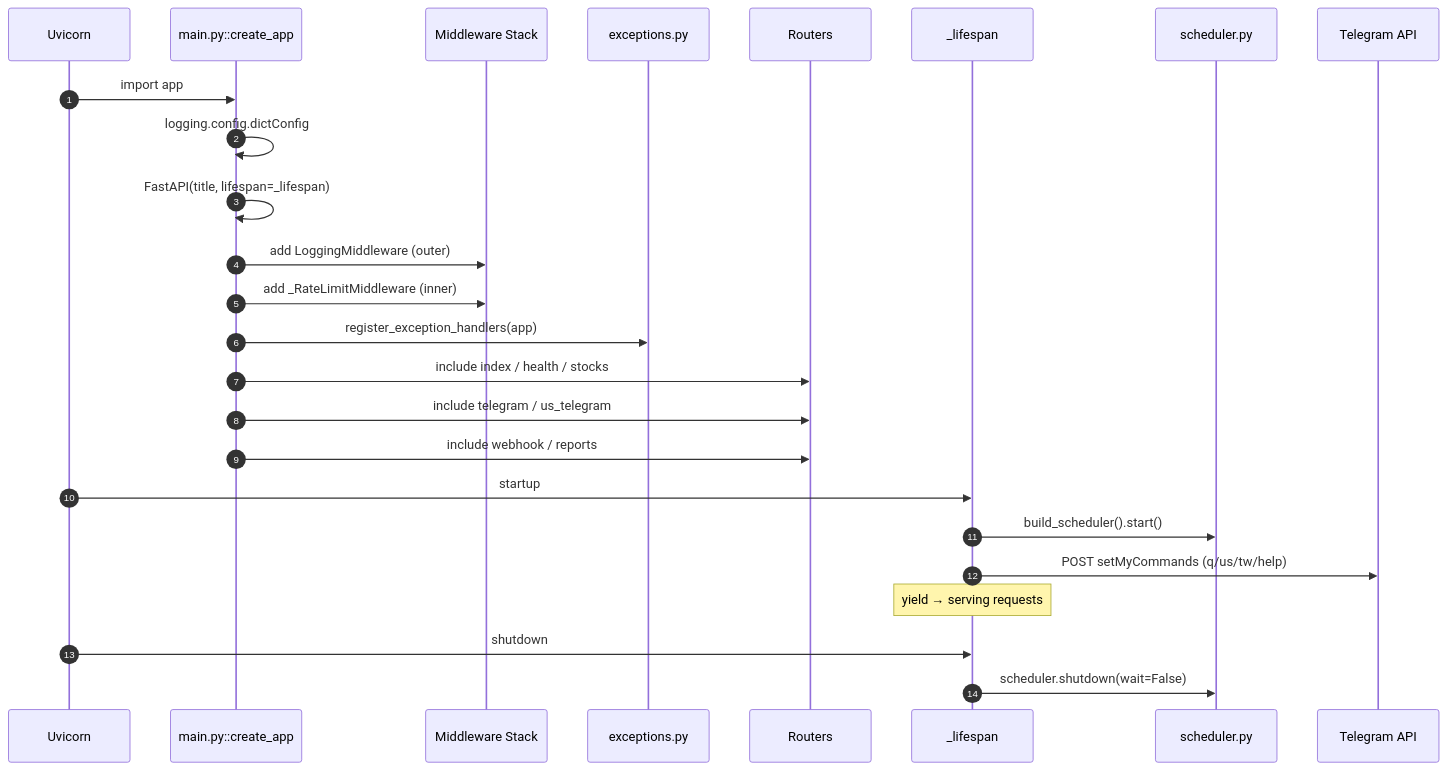
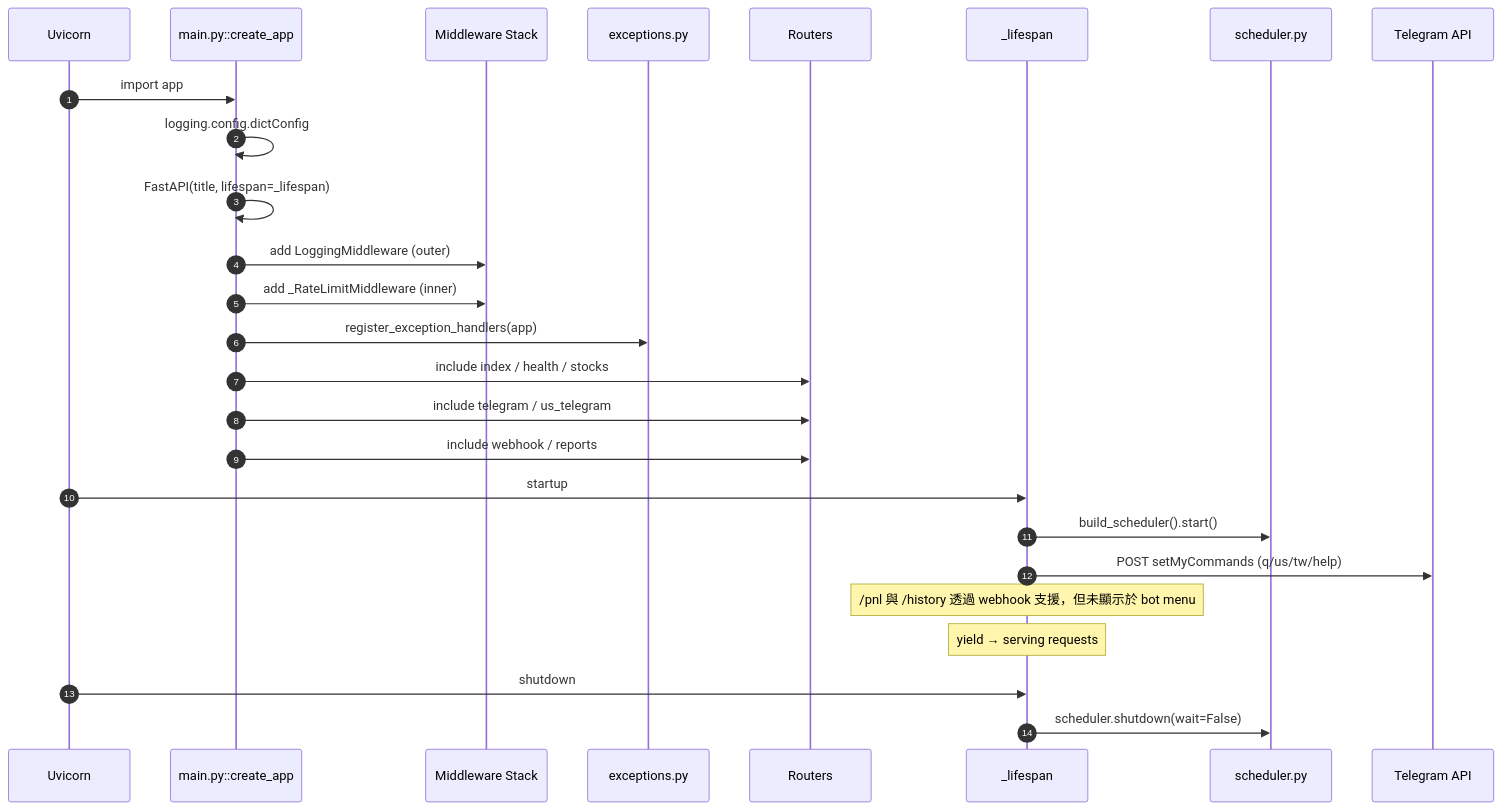
Before and after one commit to Josephmtsai/fastApiStock: the second of 7 diagrams in docs/architecture.md, drawn with Mermaid. The commit also changed other lines of this file, not shown here.

````diff
--- a/docs/architecture.md
+++ b/docs/architecture.md
@@ -168,28 +182,29 @@
 ```mermaid
 sequenceDiagram
     autonumber
     participant Uvicorn
     participant Main as main.py::create_app
     participant MW as Middleware Stack
     participant Exc as exceptions.py
     participant Routers
     participant Life as _lifespan
     participant Sched as scheduler.py
     participant TG as Telegram API
 
     Uvicorn->>Main: import app
     Main->>Main: logging.config.dictConfig
     Main->>Main: FastAPI(title, lifespan=_lifespan)
     Main->>MW: add LoggingMiddleware (outer)
     Main->>MW: add _RateLimitMiddleware (inner)
     Main->>Exc: register_exception_handlers(app)
     Main->>Routers: include index / health / stocks
     Main->>Routers: include telegram / us_telegram
     Main->>Routers: include webhook / reports
     Uvicorn->>Life: startup
     Life->>Sched: build_scheduler().start()
     Life->>TG: POST setMyCommands (q/us/tw/help)
+    Note over Life: /pnl 與 /history 透過 webhook 支援，但未顯示於 bot menu
     Note over Life: yield → serving requests
     Uvicorn->>Life: shutdown
     Life->>Sched: scheduler.shutdown(wait=False)
 ```
````
